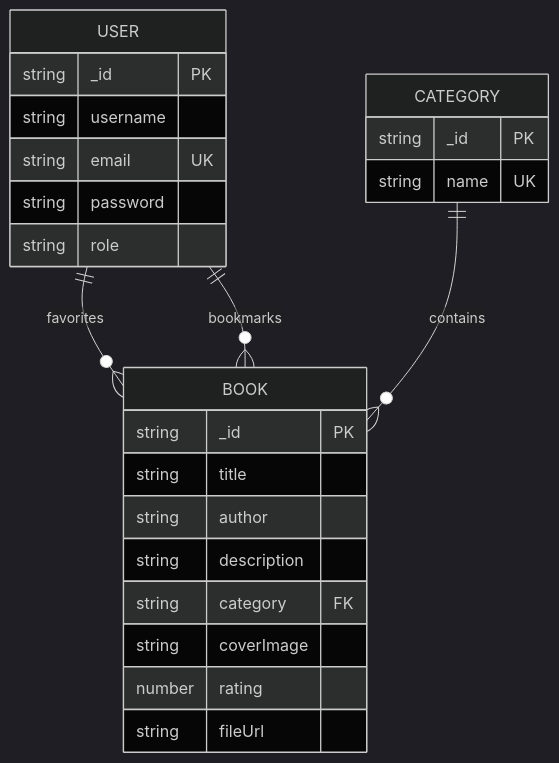
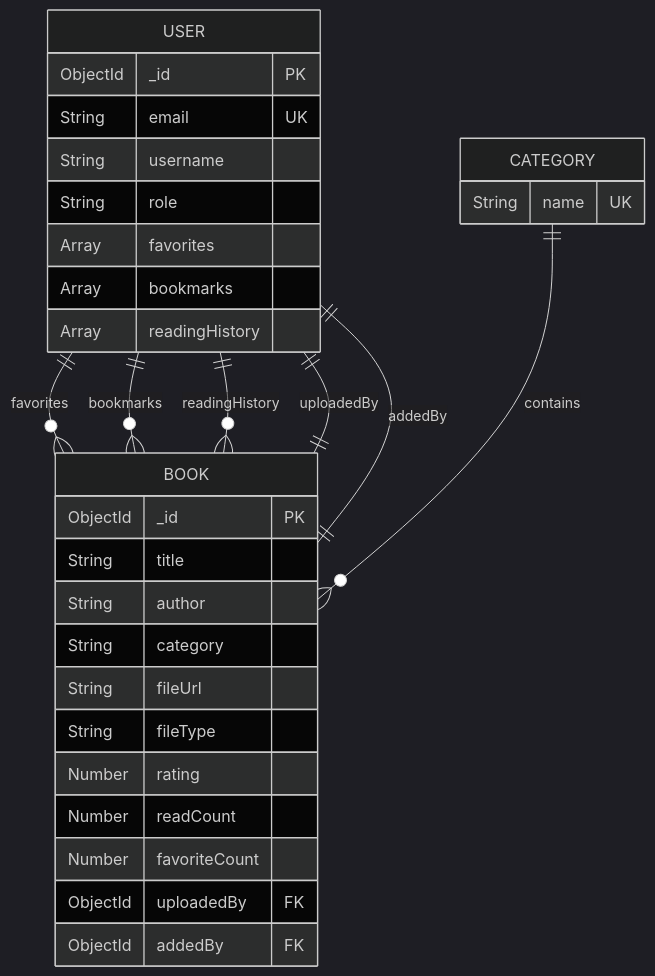
Before and after one commit to ganesh-NB/readsphere: the second of 4 diagrams in .qoder/repowiki/en/content/Data Models and Database Schema/Data Models and Database Schema.md, drawn with Mermaid (dark theme). The commit also changed other lines of this file and 46 other files, not shown here.

````diff
--- a/.qoder/repowiki/en/content/Data Models and Database Schema/Data Models and Database Schema.md
+++ b/.qoder/repowiki/en/content/Data Models and Database Schema/Data Models and Database Schema.md
@@ -205,27 +225,34 @@
 ```mermaid
 erDiagram
 USER {
-string _id PK
-string username
-string email UK
-string password
-string role
+ObjectId _id PK
+String email UK
+String username
+String role
+Array favorites
+Array bookmarks
+Array readingHistory
 }
 BOOK {
-string _id PK
-string title
-string author
-string description
-string category FK
-string coverImage
-number rating
-string fileUrl
+ObjectId _id PK
+String title
+String author
+String category
+String fileUrl
+String fileType
+Number rating
+Number readCount
+Number favoriteCount
+ObjectId uploadedBy FK
+ObjectId addedBy FK
 }
 CATEGORY {
-string _id PK
-string name UK
+String name UK
 }
 USER ||--o{ BOOK : "favorites"
 USER ||--o{ BOOK : "bookmarks"
+USER ||--o{ BOOK : "readingHistory"
+BOOK ||--|| USER : "uploadedBy"
+BOOK ||--|| USER : "addedBy"
 CATEGORY ||--o{ BOOK : "contains"
 ```
````
